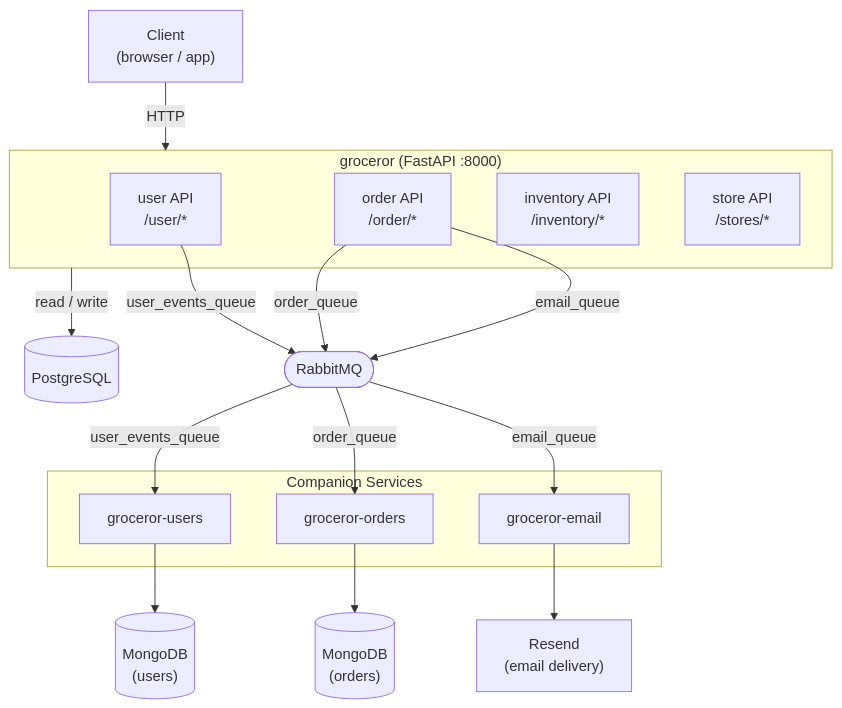
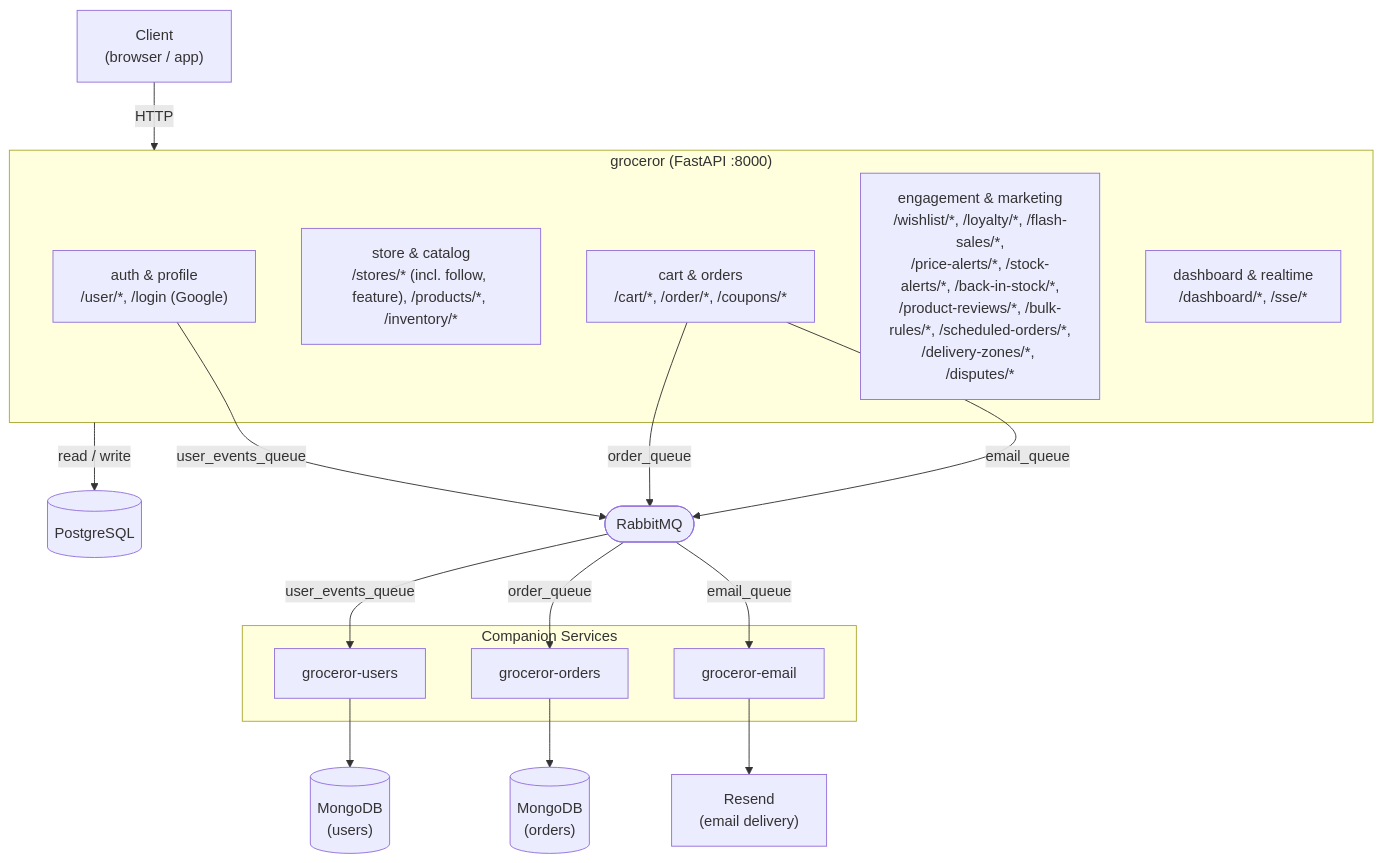
The diagram in ARCHITECTURE.md (lordlabakdas/groceror), drawn with Mermaid before and after one commit. The commit also changed other lines of this file and 5 other files, not shown here.

````diff
--- a/ARCHITECTURE.md
+++ b/ARCHITECTURE.md
@@ -3,36 +3,37 @@
 ```mermaid
 graph TD
     Client["Client\n(browser / app)"]
 
     subgraph groceror ["groceror (FastAPI :8000)"]
-        UserAPI["user API\n/user/*"]
-        OrderAPI["order API\n/order/*"]
-        InventoryAPI["inventory API\n/inventory/*"]
-        StoreAPI["store API\n/stores/*"]
+        UserAPI["auth & profile\n/user/*, /login (Google)"]
+        StoreAPI["store & catalog\n/stores/* (incl. follow, feature), /products/*, /inventory/*"]
+        CartOrderAPI["cart & orders\n/cart/*, /order/*, /coupons/*"]
+        EngagementAPI["engagement & marketing\n/wishlist/*, /loyalty/*, /flash-sales/*,\n/price-alerts/*, /stock-alerts/*, /back-in-stock/*,\n/product-reviews/*, /bulk-rules/*, /scheduled-orders/*,\n/delivery-zones/*, /disputes/*"]
+        DashboardAPI["dashboard & realtime\n/dashboard/*, /sse/*"]
     end
 
     PG[("PostgreSQL")]
     RMQ(["RabbitMQ"])
 
     subgraph consumers ["Companion Services"]
         GU["groceror-users"]
         GO["groceror-orders"]
         GE["groceror-email"]
     end
 
     UsersMongo[("MongoDB\n(users)")]
     OrdersMongo[("MongoDB\n(orders)")]
     Resend["Resend\n(email delivery)"]
 
     Client -->|HTTP| groceror
     groceror -->|read / write| PG
     UserAPI -->|user_events_queue| RMQ
-    OrderAPI -->|order_queue| RMQ
-    OrderAPI -->|email_queue| RMQ
+    CartOrderAPI -->|order_queue| RMQ
+    CartOrderAPI -->|email_queue| RMQ
     RMQ -->|user_events_queue| GU
     RMQ -->|order_queue| GO
     RMQ -->|email_queue| GE
     GU --> UsersMongo
     GO --> OrdersMongo
     GE --> Resend
 ```
````
